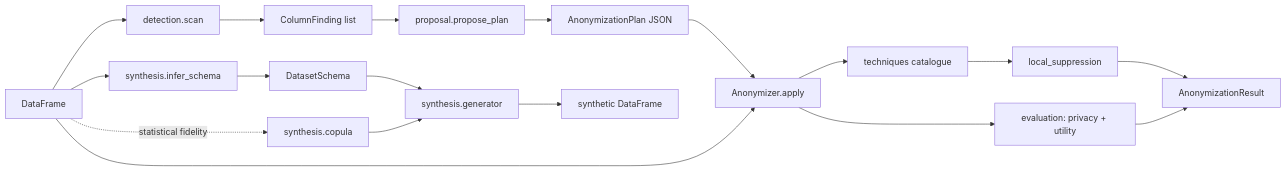
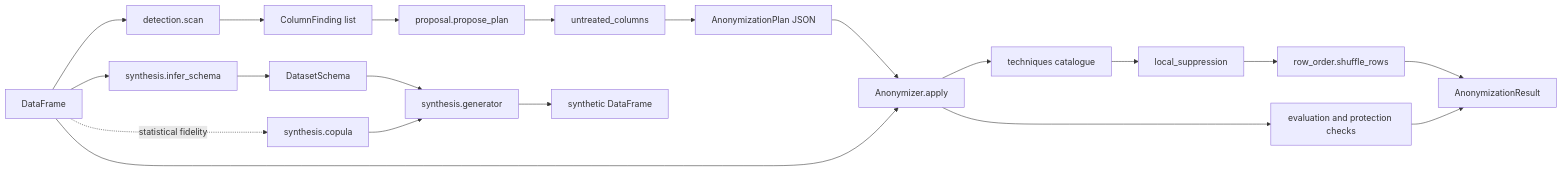
Before and after one commit to rmonteiro-pereira/data-anonymizer: the fourth of 4 diagrams in ARCHITECTURE.md, drawn with Mermaid. The commit also changed other lines of this file and 5 other files, not shown here.

````diff
--- a/ARCHITECTURE.md
+++ b/ARCHITECTURE.md
@@ -50,13 +139,14 @@
 ```mermaid
 flowchart LR
   table[DataFrame] --> scan[detection.scan] --> findings[ColumnFinding list]
-  findings --> propose[proposal.propose_plan] --> plan[AnonymizationPlan JSON]
+  findings --> propose[proposal.propose_plan] --> untreated[untreated_columns]
+  untreated --> plan[AnonymizationPlan JSON]
   plan --> apply[Anonymizer.apply]
   table --> apply
   apply --> techniques[techniques catalogue] --> suppression[local_suppression]
-  suppression --> result[AnonymizationResult]
-  apply --> evaluation[evaluation: privacy + utility] --> result
+  suppression --> shuffle[row_order.shuffle_rows] --> result[AnonymizationResult]
+  apply --> evaluation[evaluation and protection checks] --> result
   table --> infer[synthesis.infer_schema] --> schema[DatasetSchema]
   schema --> generate[synthesis.generator] --> synthetic[synthetic DataFrame]
   table -. statistical fidelity .-> copula[synthesis.copula] --> generate
 ```
````
